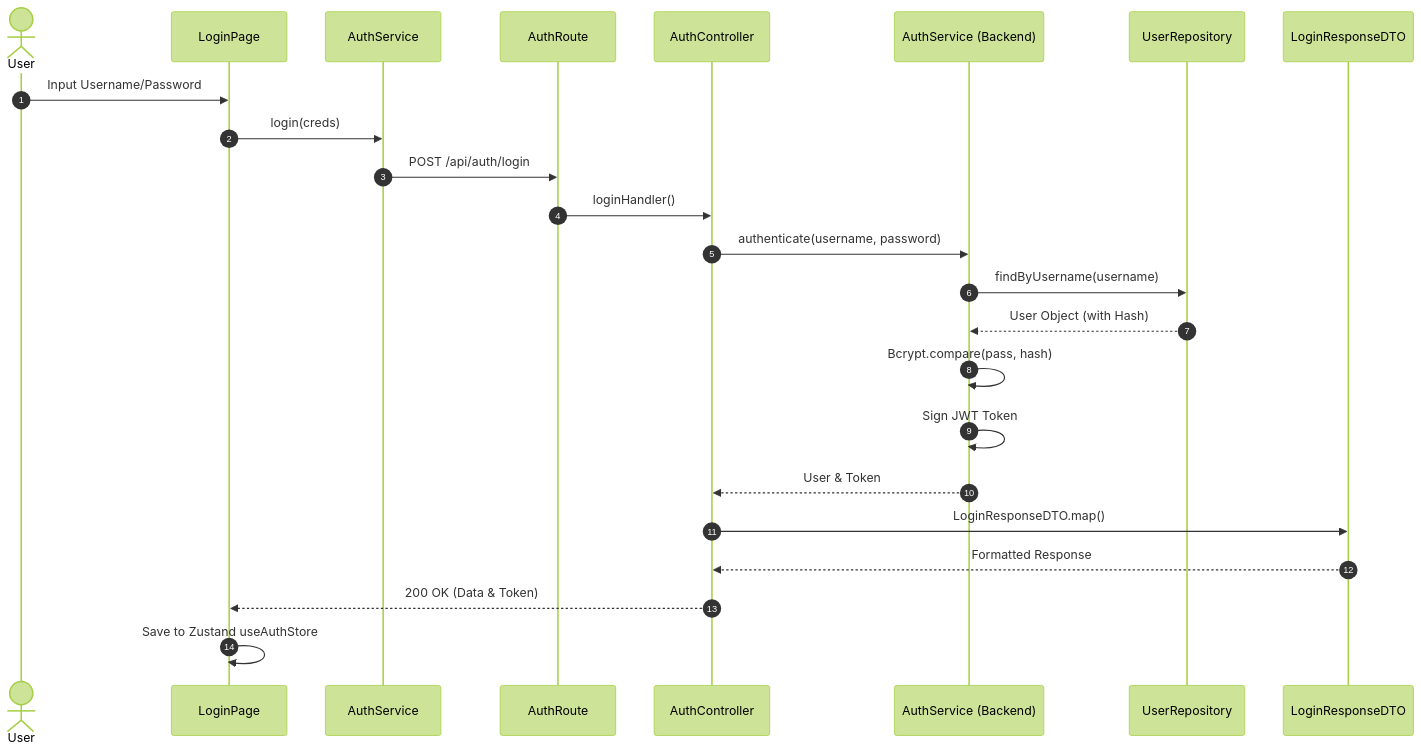
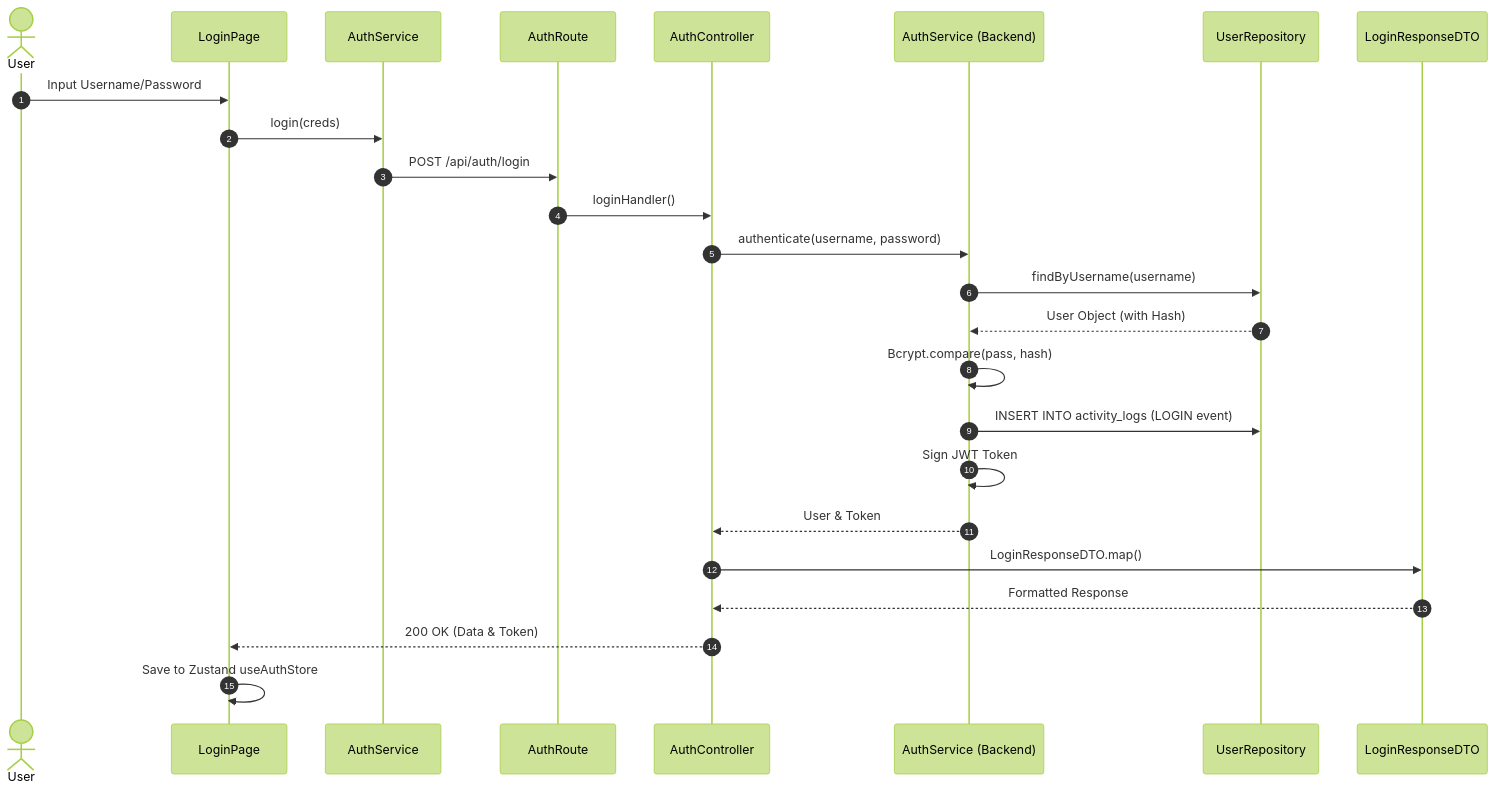
One commit to ricky-blip/pos-frontend changed the second of 7 diagrams in UML.md. Above: the diagram before and after it, drawn with Mermaid (forest theme). The commit also changed other lines of this file and 26 other files, not shown here.

````diff
--- a/UML.md
+++ b/UML.md
@@ -63,31 +63,32 @@
 ```mermaid
 sequenceDiagram
     autonumber
     actor User
     participant UI as LoginPage
     participant Service as AuthService
     participant Route as AuthRoute
     participant Ctrl as AuthController
     participant BService as AuthService (Backend)
     participant Repo as UserRepository
     participant DTO as LoginResponseDTO
 
     User->>UI: Input Username/Password
     UI->>Service: login(creds)
     Service->>Route: POST /api/auth/login
     Route->>Ctrl: loginHandler()
     Ctrl->>BService: authenticate(username, password)
     
     BService->>Repo: findByUsername(username)
     Repo-->>BService: User Object (with Hash)
     
     BService->>BService: Bcrypt.compare(pass, hash)
+    BService->>Repo: INSERT INTO activity_logs (LOGIN event)
     BService->>BService: Sign JWT Token
     
     BService-->>Ctrl: User & Token
     Ctrl->>DTO: LoginResponseDTO.map()
     DTO-->>Ctrl: Formatted Response
     
     Ctrl-->>UI: 200 OK (Data & Token)
     UI->>UI: Save to Zustand useAuthStore
 ```
````
